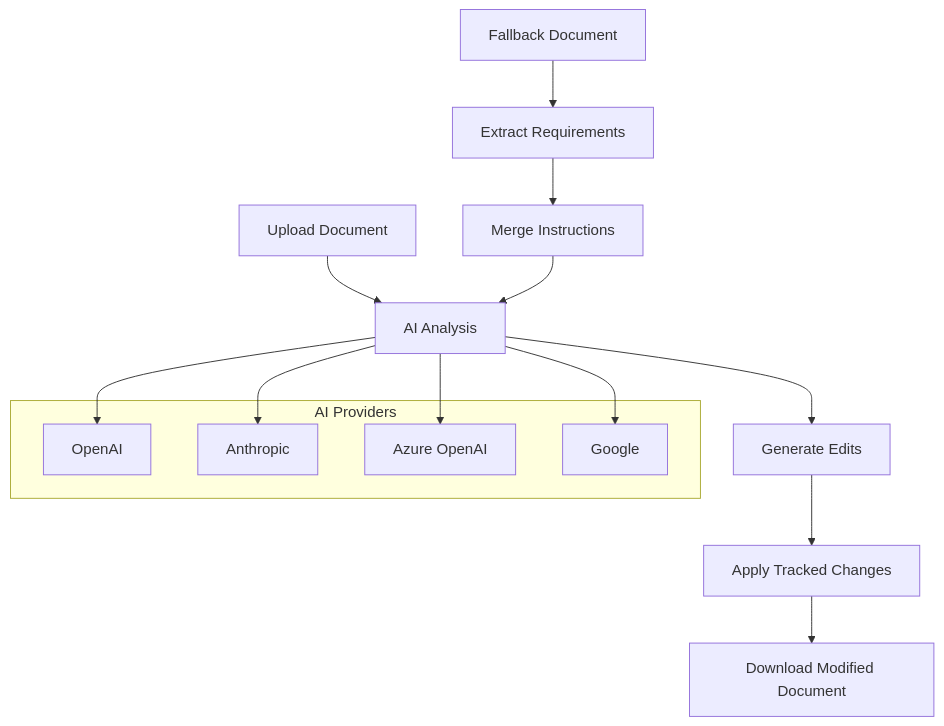
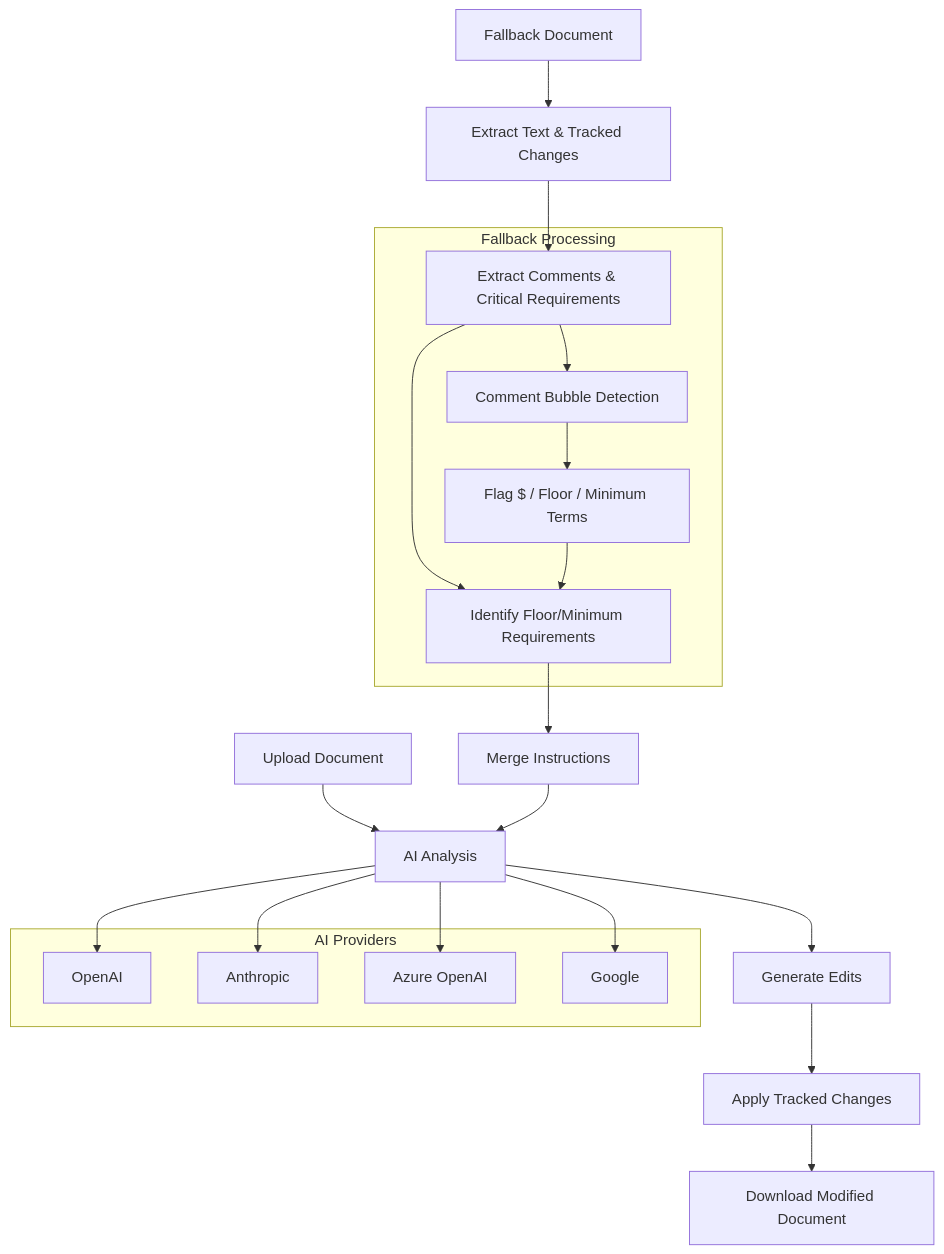
The diagram in ABOUT.md (sagearbor/word-doc-chatbot), drawn with Mermaid before and after one commit. The commit also changed 10 other files, not shown here.

Commit message:
flowchart mod, claude.md appended with Archon but not used yet

````diff
--- a/ABOUT.md
+++ b/ABOUT.md
@@ -35,23 +35,31 @@
 ```mermaid
 graph TD
     A[Upload Document] --> B[AI Analysis]
     B --> C[Generate Edits]
     C --> D[Apply Tracked Changes]
     D --> E[Download Modified Document]
     
-    F[Fallback Document] --> G[Extract Requirements]
-    G --> H[Merge Instructions]
-    H --> B
+    F[Fallback Document] --> G[Extract Text & Tracked Changes]
+    G --> H[Extract Comments & Critical Requirements]
+    H --> I[Identify Floor/Minimum Requirements]
+    I --> J[Merge Instructions]
+    J --> B
     
     subgraph "AI Providers"
-        I[OpenAI]
-        J[Anthropic]
-        K[Azure OpenAI]
-        L[Google]
+        K[OpenAI]
+        L[Anthropic]
+        M[Azure OpenAI]
+        N[Google]
     end
     
-    B --> I
-    B --> J
     B --> K
     B --> L
+    B --> M
+    B --> N
+    
+    subgraph "Fallback Processing"
+        H --> O[Comment Bubble Detection]
+        O --> P[Flag $ / Floor / Minimum Terms]
+        P --> I
+    end
 ```
````
